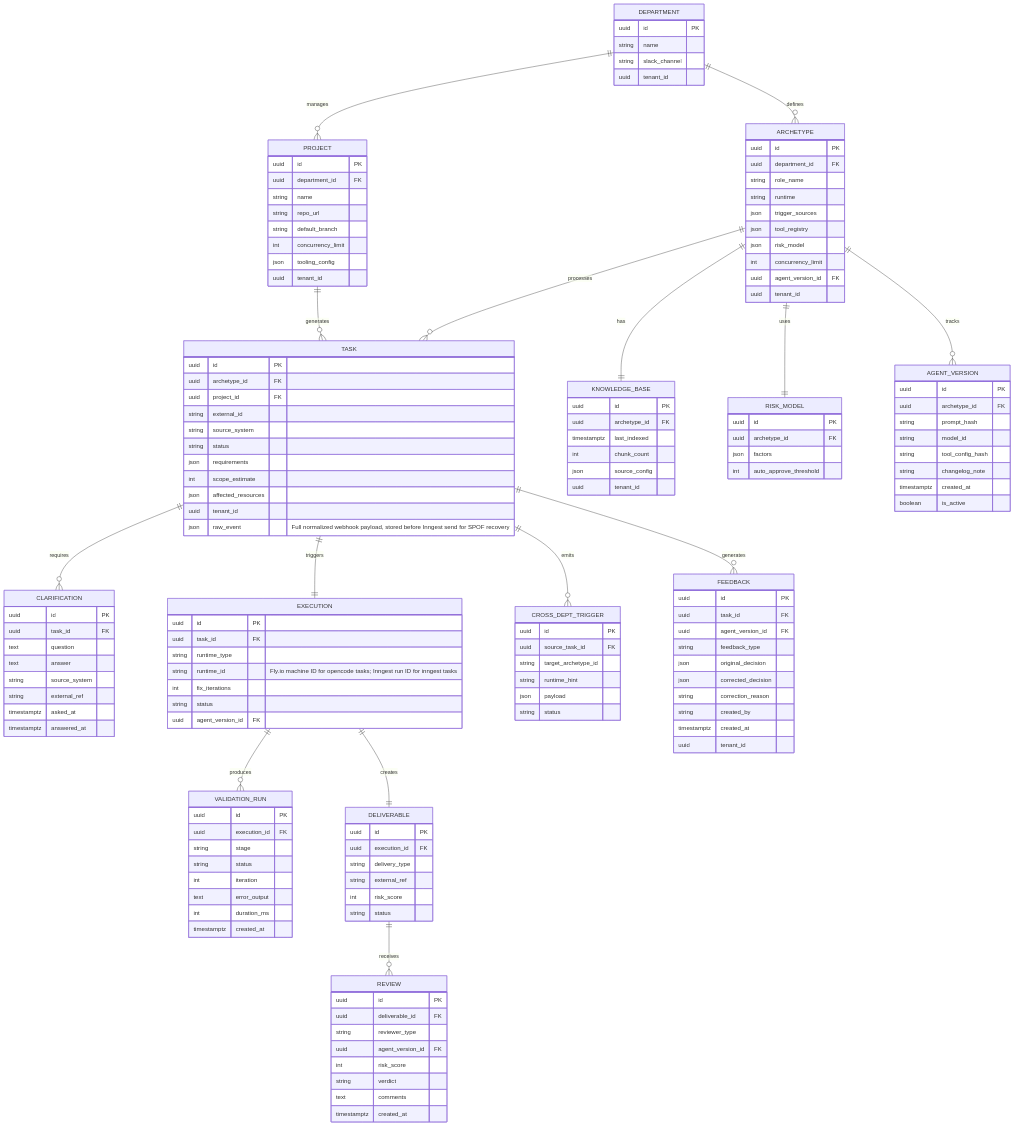
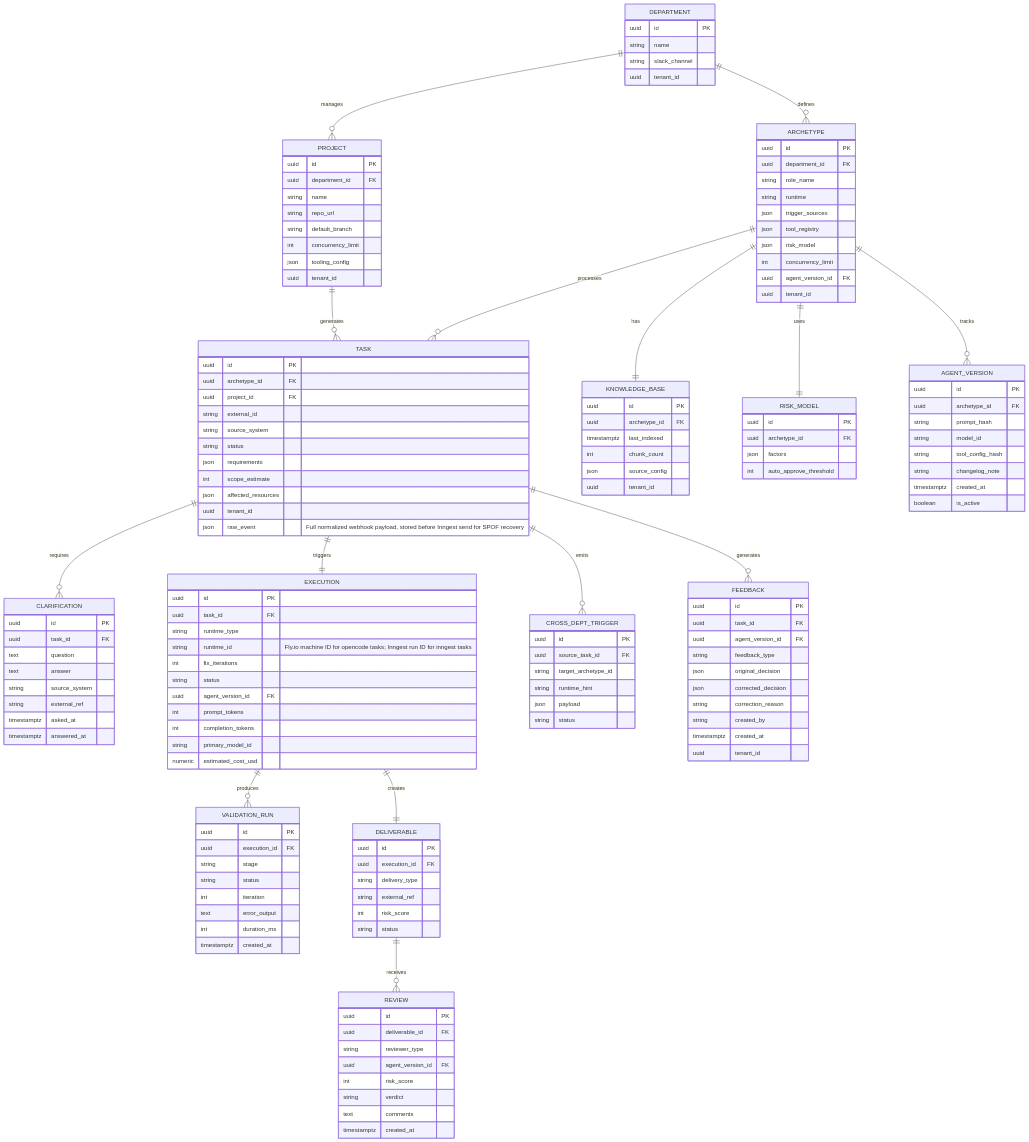
Before and after one commit to viiqswim/dozaldevs-ai-employee: diagram 13 of 16 in docs/2026-03-22-2317-ai-employee-architecture.md, drawn with Mermaid. The commit also changed other lines of this file, not shown here.

Commit message:
docs(architecture): add LLM cost tracking to data model and callLLM interface contract

```diff
--- a/docs/2026-03-22-2317-ai-employee-architecture.md
+++ b/docs/2026-03-22-2317-ai-employee-architecture.md
@@ -1421,6 +1421,10 @@
         int fix_iterations
         string status
         uuid agent_version_id FK
+        int prompt_tokens
+        int completion_tokens
+        string primary_model_id
+        numeric estimated_cost_usd
     }
     DELIVERABLE {
         uuid id PK
```
